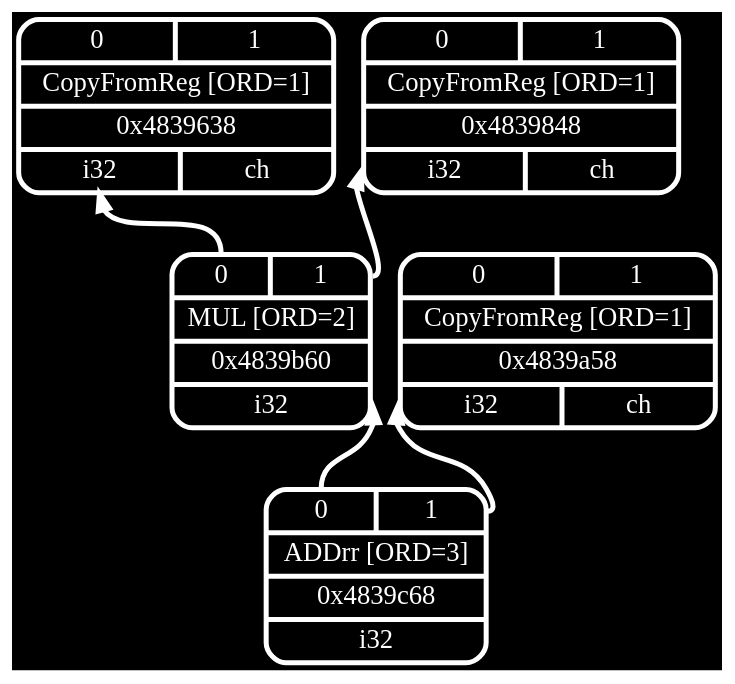
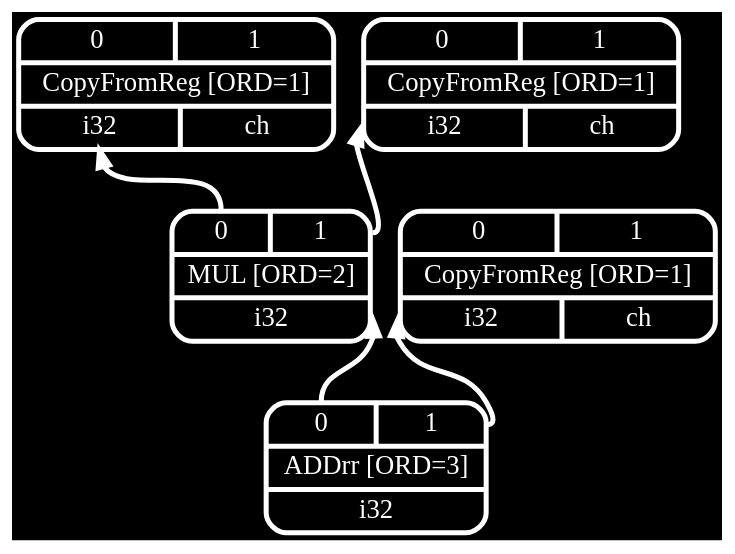
The diagram in docs/Codeplay/examples/ex3/ex3-post-isel-mul-add.dot (frasercrmck/llvm-leg), drawn with Graphviz before and after one commit. The commit also changed 7 other files, not shown here.

```diff
--- a/docs/Codeplay/examples/ex3/ex3-post-isel-mul-add.dot
+++ b/docs/Codeplay/examples/ex3/ex3-post-isel-mul-add.dot
@@ -1,14 +1,14 @@
 digraph "scheduler input for foo:entry" {
 	rankdir="BT";
 	bgcolor="black";
 
-	Node0x4839638 [shape=record,shape=Mrecord,label="{{<s0>0|<s1>1}|CopyFromReg [ORD=1]|0x4839638|{<d0>i32|<d1>ch}}",penwidth=3,color="white",fontname="Calibri",fontsize=16,fontcolor="white"];
-	Node0x4839848 [shape=record,shape=Mrecord,label="{{<s0>0|<s1>1}|CopyFromReg [ORD=1]|0x4839848|{<d0>i32|<d1>ch}}",penwidth=3,color="white",fontname="Calibri",fontsize=16,fontcolor="white"];
-	Node0x4839a58 [shape=record,shape=Mrecord,label="{{<s0>0|<s1>1}|CopyFromReg [ORD=1]|0x4839a58|{<d0>i32|<d1>ch}}",penwidth=3,color="white",fontname="Calibri",fontsize=16,fontcolor="white"];
-	Node0x4839b60 [shape=record,shape=Mrecord,label="{{<s0>0|<s1>1}|MUL [ORD=2]|0x4839b60|{<d0>i32}}",penwidth=3,color="white",fontname="Calibri",fontsize=16,fontcolor="white"];
+	Node0x4839638 [shape=record,shape=Mrecord,label="{{<s0>0|<s1>1}|CopyFromReg [ORD=1]|{<d0>i32|<d1>ch}}",penwidth=3,color="white",fontname="Calibri",fontsize=16,fontcolor="white"];
+	Node0x4839848 [shape=record,shape=Mrecord,label="{{<s0>0|<s1>1}|CopyFromReg [ORD=1]|{<d0>i32|<d1>ch}}",penwidth=3,color="white",fontname="Calibri",fontsize=16,fontcolor="white"];
+	Node0x4839a58 [shape=record,shape=Mrecord,label="{{<s0>0|<s1>1}|CopyFromReg [ORD=1]|{<d0>i32|<d1>ch}}",penwidth=3,color="white",fontname="Calibri",fontsize=16,fontcolor="white"];
+	Node0x4839b60 [shape=record,shape=Mrecord,label="{{<s0>0|<s1>1}|MUL [ORD=2]|{<d0>i32}}",penwidth=3,color="white",fontname="Calibri",fontsize=16,fontcolor="white"];
 	Node0x4839b60:s0 -> Node0x4839638:d0[penwidth=3,color="white",fontname="Calibri",fontsize=16,fontcolor="white"];
 	Node0x4839b60:s1 -> Node0x4839848:d0[penwidth=3,color="white",fontname="Calibri",fontsize=16,fontcolor="white"];
-	Node0x4839c68 [shape=record,shape=Mrecord,label="{{<s0>0|<s1>1}|ADDrr [ORD=3]|0x4839c68|{<d0>i32}}",penwidth=3,color="white",fontname="Calibri",fontsize=16,fontcolor="white"];
+	Node0x4839c68 [shape=record,shape=Mrecord,label="{{<s0>0|<s1>1}|ADDrr [ORD=3]|{<d0>i32}}",penwidth=3,color="white",fontname="Calibri",fontsize=16,fontcolor="white"];
 	Node0x4839c68:s0 -> Node0x4839b60:d0[penwidth=3,color="white",fontname="Calibri",fontsize=16,fontcolor="white"];
 	Node0x4839c68:s1 -> Node0x4839a58:d0[penwidth=3,color="white",fontname="Calibri",fontsize=16,fontcolor="white"];
 }
```
